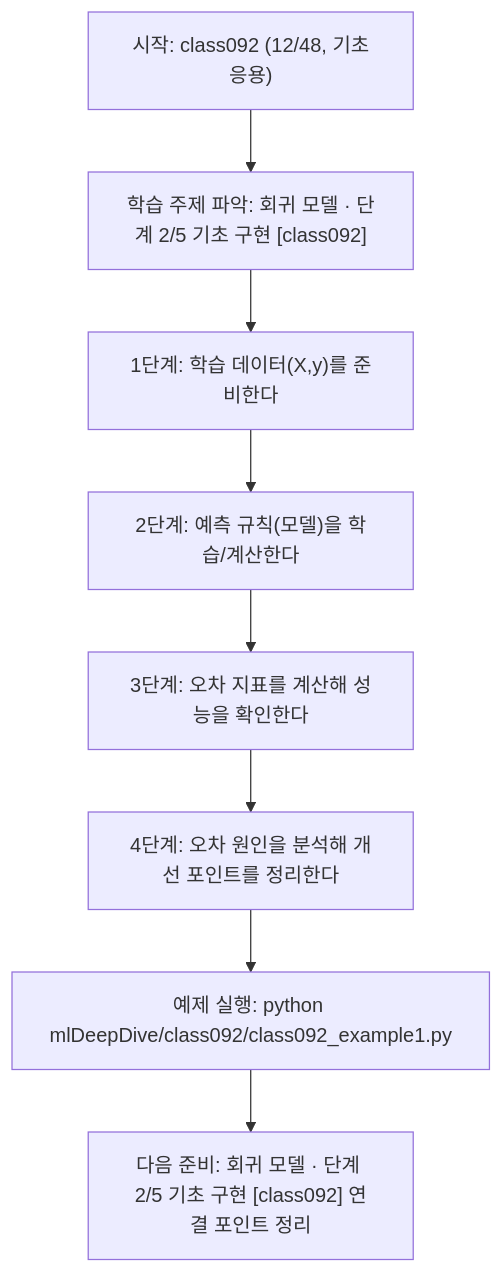
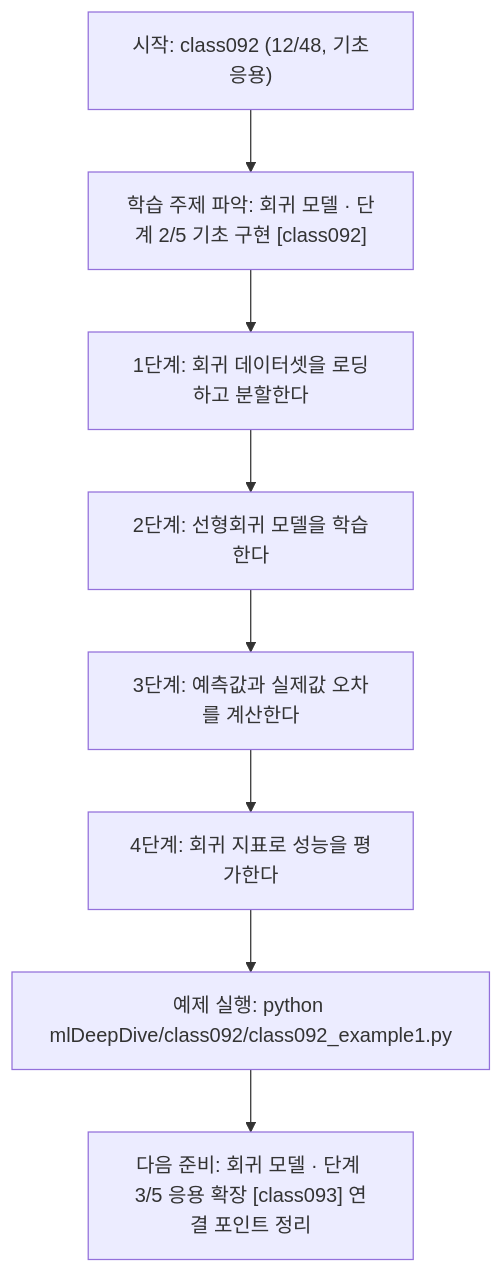
Before and after one commit to edumgt/Python-AI_Agent-Class: the diagram in mlDeepDive/class092/class092.md, drawn with Mermaid. The commit also changed other lines of this file and 338 other files, not shown here.

````diff
--- a/mlDeepDive/class092/class092.md
+++ b/mlDeepDive/class092/class092.md
@@ -109,18 +91,18 @@
 ```mermaid
 flowchart TD
 N1["시작: class092 (12/48, 기초응용)"]
 N2["학습 주제 파악: 회귀 모델 · 단계 2/5 기초 구현 [class092]"]
-N3["1단계: 학습 데이터(X,y)를 준비한다"]
-N4["2단계: 예측 규칙(모델)을 학습/계산한다"]
-N5["3단계: 오차 지표를 계산해 성능을 확인한다"]
-N6["4단계: 오차 원인을 분석해 개선 포인트를 정리한다"]
+N3["1단계: 회귀 데이터셋을 로딩하고 분할한다"]
+N4["2단계: 선형회귀 모델을 학습한다"]
+N5["3단계: 예측값과 실제값 오차를 계산한다"]
+N6["4단계: 회귀 지표로 성능을 평가한다"]
 N7["예제 실행: python mlDeepDive/class092/class092_example1.py"]
-N8["다음 준비: 회귀 모델 · 단계 2/5 기초 구현 [class092] 연결 포인트 정리"]
+N8["다음 준비: 회귀 모델 · 단계 3/5 응용 확장 [class093] 연결 포인트 정리"]
 N1 --> N2
 N2 --> N3
 N3 --> N4
 N4 --> N5
 N5 --> N6
 N6 --> N7
 N7 --> N8
 ```
````
